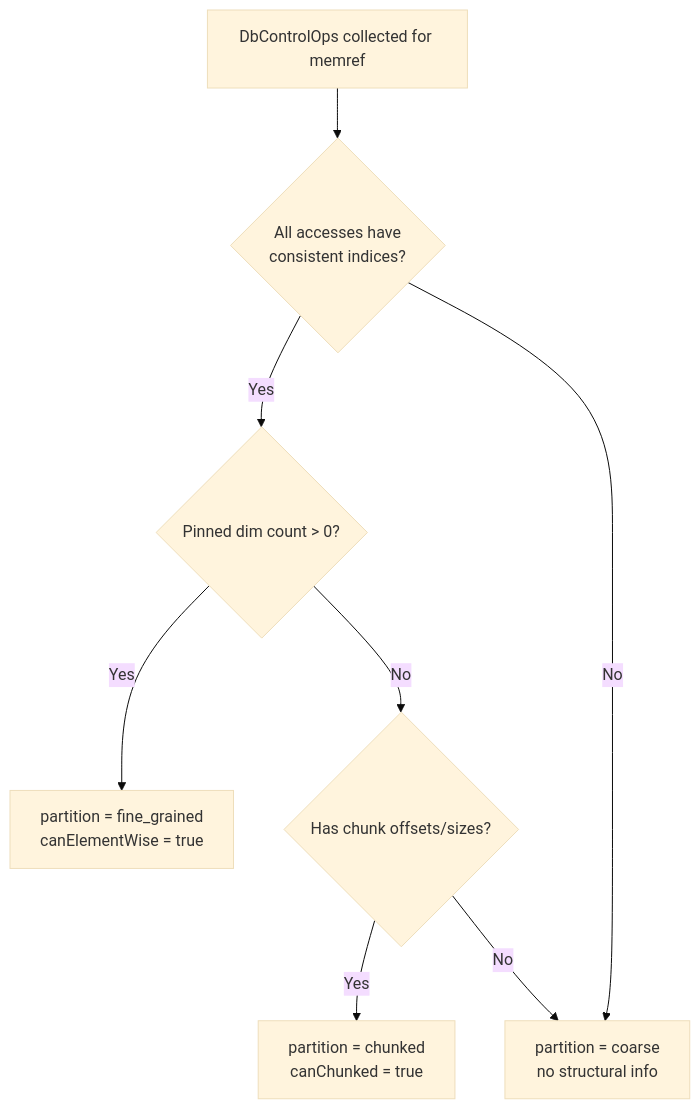
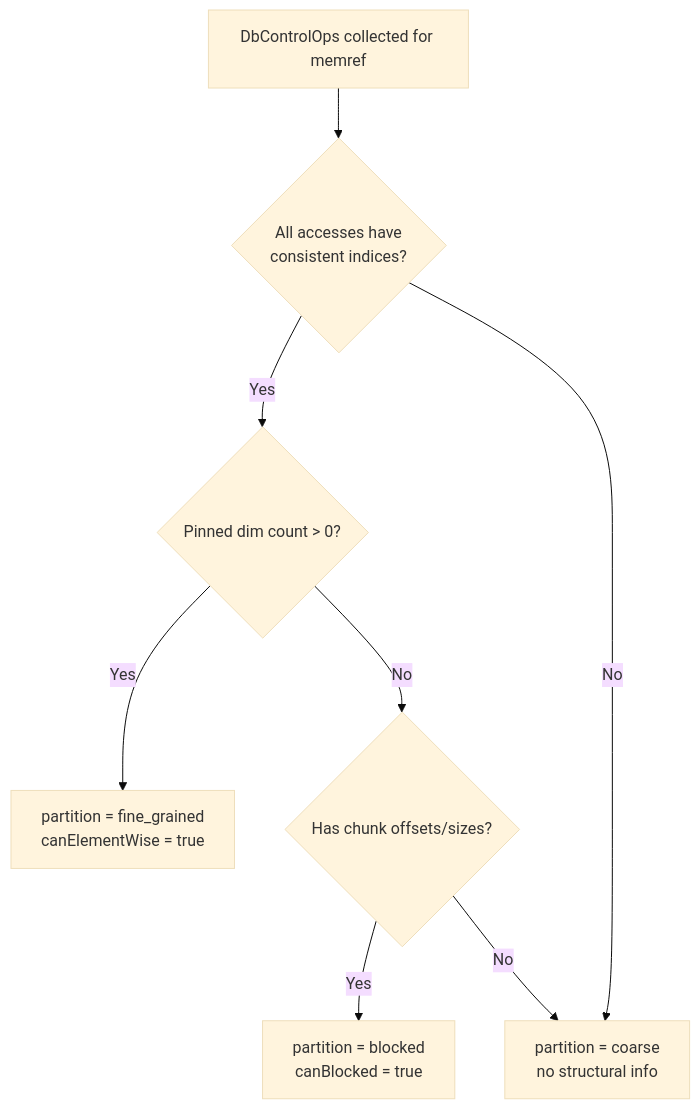
One commit to randreshg/carts changed the third of 7 diagrams in docs/analysis.md. Above: the diagram before and after it, drawn with Mermaid (base theme). The commit also changed other lines of this file and 88 other files, not shown here.

````diff
--- a/docs/analysis.md
+++ b/docs/analysis.md
@@ -680,20 +680,20 @@
 ```mermaid
 flowchart TB
     START[DbControlOps collected for memref]
 
     Q1{All accesses have<br/>consistent indices?}
     Q2{Pinned dim count > 0?}
     Q3{Has chunk offsets/sizes?}
 
     R1["partition = fine_grained<br/>canElementWise = true"]
-    R2["partition = chunked<br/>canChunked = true"]
+    R2["partition = blocked<br/>canBlocked = true"]
     R3["partition = coarse<br/>no structural info"]
 
     START --> Q1
     Q1 -->|Yes| Q2
     Q1 -->|No| R3
     Q2 -->|Yes| R1
     Q2 -->|No| Q3
     Q3 -->|Yes| R2
     Q3 -->|No| R3
 ```
````
